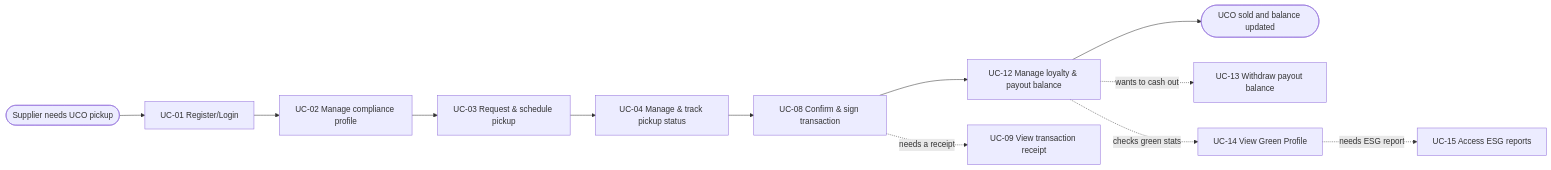
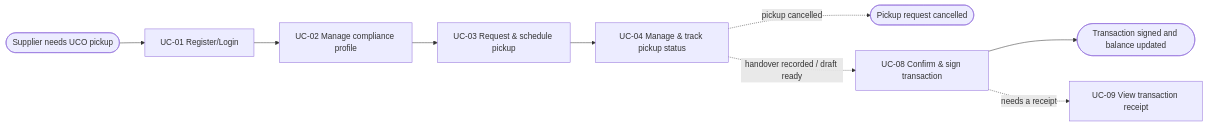
The first of 5 diagrams in docs/external-design/usage-flow.md (thuyvicbh-alt/DBIZ2---GROUP-D), drawn with Mermaid before and after one commit. The commit also changed other lines of this file, not shown here.

````diff
--- a/docs/external-design/usage-flow.md
+++ b/docs/external-design/usage-flow.md
@@ -18,14 +20,11 @@
 ```mermaid
 flowchart LR
   A(["Supplier needs UCO pickup"]) --> U1["UC-01 Register/Login"]
   U1 --> U2["UC-02 Manage compliance profile"]
   U2 --> U3["UC-03 Request & schedule pickup"]
   U3 --> U4["UC-04 Manage & track pickup status"]
-  U4 --> U8["UC-08 Confirm & sign transaction"]
-  U8 --> U12["UC-12 Manage loyalty & payout balance"]
-  U12 --> Z(["UCO sold and balance updated"])
-  U12 -.->|"wants to cash out"| U13["UC-13 Withdraw payout balance"]
-  U12 -.->|"checks green stats"| U14["UC-14 View Green Profile"]
-  U14 -.->|"needs ESG report"| U15["UC-15 Access ESG reports"]
+  U4 -.->|"pickup cancelled"| Z1(["Pickup request cancelled"])
+  U4 -.->|"handover recorded / draft ready"| U8["UC-08 Confirm & sign transaction"]
+  U8 --> Z2(["Transaction signed and balance updated"])
   U8 -.->|"needs a receipt"| U9["UC-09 View transaction receipt"]
 ```
````
